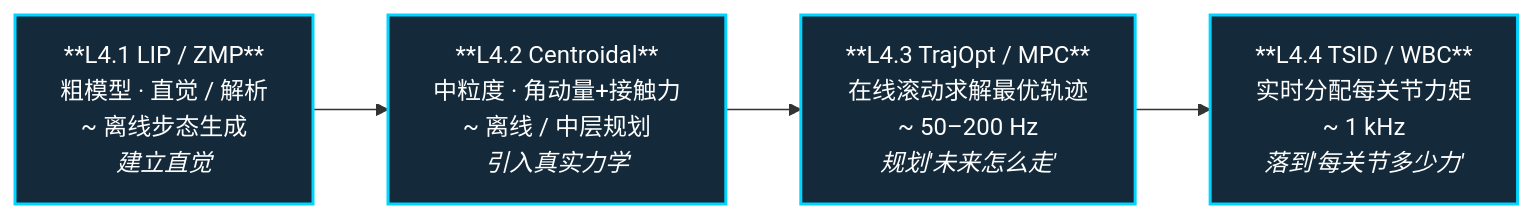
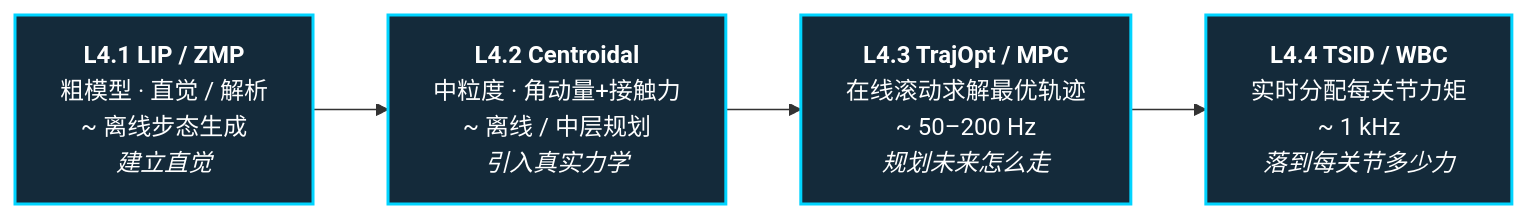
One commit to ImChong/Robotics_Notebooks changed the second of 2 diagrams in roadmap/motion-control.md. Above: the diagram before and after it, drawn with Mermaid. The commit also changed 7 other files, not shown here.

Commit message:
fix(ux): 修复运动控制路线 L4 方法链 Mermaid 多行标签渲染

````diff
--- a/roadmap/motion-control.md
+++ b/roadmap/motion-control.md
@@ -390,12 +390,12 @@
 ```mermaid
 flowchart LR
-  L41["**L4.1 LIP / ZMP**<br/>粗模型 · 直觉 / 解析<br/>~ 离线步态生成<br/><em>建立直觉</em>"]
-  L42["**L4.2 Centroidal**<br/>中粒度 · 角动量+接触力<br/>~ 离线 / 中层规划<br/><em>引入真实力学</em>"]
-  L43["**L4.3 TrajOpt / MPC**<br/>在线滚动求解最优轨迹<br/>~ 50–200 Hz<br/><em>规划'未来怎么走'</em>"]
-  L44["**L4.4 TSID / WBC**<br/>实时分配每关节力矩<br/>~ 1 kHz<br/><em>落到'每关节多少力'</em>"]
+  L41["<b>L4.1 LIP / ZMP</b><br/>粗模型 · 直觉 / 解析<br/>~ 离线步态生成<br/><em>建立直觉</em>"]
+  L42["<b>L4.2 Centroidal</b><br/>中粒度 · 角动量+接触力<br/>~ 离线 / 中层规划<br/><em>引入真实力学</em>"]
+  L43["<b>L4.3 TrajOpt / MPC</b><br/>在线滚动求解最优轨迹<br/>~ 50–200 Hz<br/><em>规划未来怎么走</em>"]
+  L44["<b>L4.4 TSID / WBC</b><br/>实时分配每关节力矩<br/>~ 1 kHz<br/><em>落到每关节多少力</em>"]
 
   L41 --> L42 --> L43 --> L44
 
   classDef stage fill:#142a3a,stroke:#00d4ff,stroke-width:2px,color:#fff
   class L41,L42,L43,L44 stage
 ```
````
